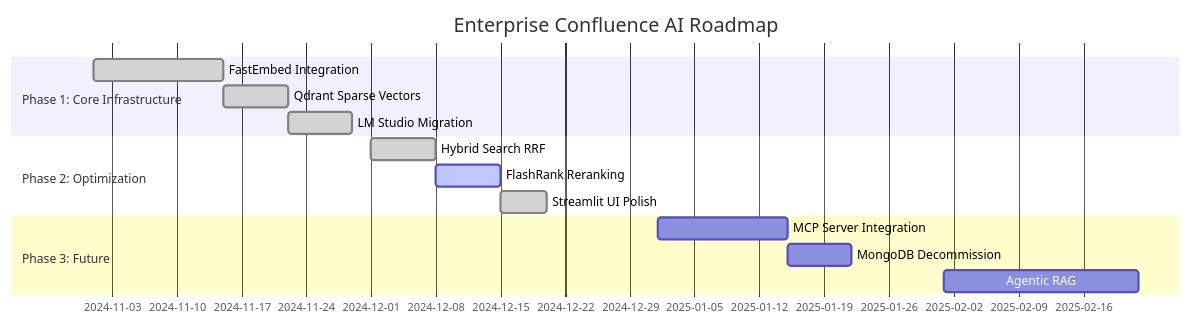
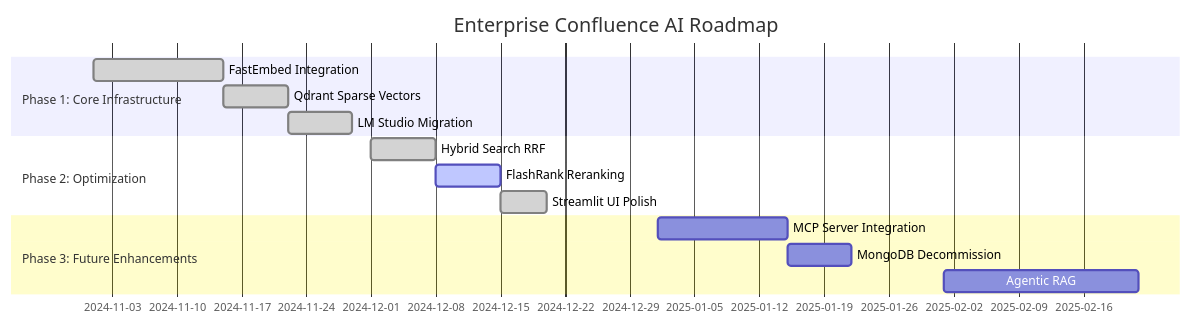
Before and after one commit to reuben809/enterprise_confluence_ai: the first of 5 diagrams in docs/SYSTEM_DOCUMENTATION.md, drawn with Mermaid. The commit also changed other lines of this file and 15 other files, not shown here.

````diff
--- a/docs/SYSTEM_DOCUMENTATION.md
+++ b/docs/SYSTEM_DOCUMENTATION.md
@@ -17,19 +20,19 @@
 ```mermaid
 gantt
     title Enterprise Confluence AI Roadmap
     dateFormat  YYYY-MM-DD
     section Phase 1: Core Infrastructure
     FastEmbed Integration       :done, p1a, 2024-11-01, 14d
     Qdrant Sparse Vectors       :done, p1b, 2024-11-15, 7d
     LM Studio Migration         :done, p1c, 2024-11-22, 7d
-    
+
     section Phase 2: Optimization
-    Hybrid Search RRF         :done, p2a, 2024-12-01, 7d
+    Hybrid Search RRF           :done, p2a, 2024-12-01, 7d
     FlashRank Reranking         :active, p2b, 2024-12-08, 7d
     Streamlit UI Polish         :done, p2c, 2024-12-15, 5d
-    
-    section Phase 3: Future
+
+    section Phase 3: Future Enhancements
     MCP Server Integration      :p3a, 2025-01-01, 14d
     MongoDB Decommission        :p3b, 2025-01-15, 7d
     Agentic RAG                 :p3c, 2025-02-01, 21d
 ```
````
